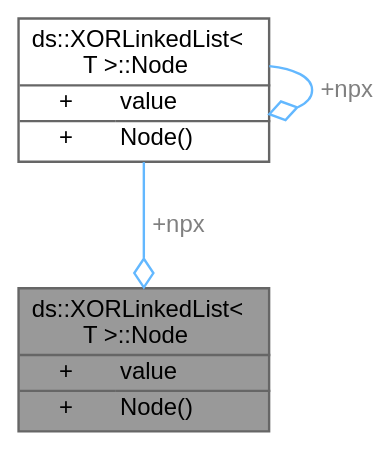
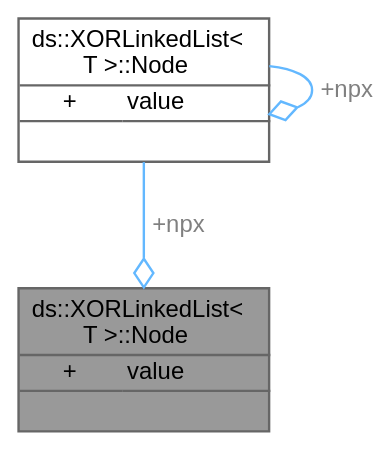
One commit to mustafayldrnn/cen207-2025-2026-5-Mustafa-Yildirimm-cpp changed the diagram in docs/doxygenlibwin/rtf/structds_1_1_x_o_r_linked_list_1_1_node__coll__graph.dot. Above: the diagram before and after it, drawn with Graphviz. The commit also changed 861 other files, not shown here.

```diff
--- a/docs/doxygenlibwin/rtf/structds_1_1_x_o_r_linked_list_1_1_node__coll__graph.dot
+++ b/docs/doxygenlibwin/rtf/structds_1_1_x_o_r_linked_list_1_1_node__coll__graph.dot
@@ -1,26 +1,26 @@
 digraph "ds::XORLinkedList&lt; T &gt;::Node"
 {
  // INTERACTIVE_SVG=YES
  // LATEX_PDF_SIZE
   bgcolor="transparent";
   edge [fontname=Helvetica,fontsize=10,labelfontname=Helvetica,labelfontsize=10];
   node [fontname=Helvetica,fontsize=10,shape=box,height=0.2,width=0.4];
   Node1 [id="Node000001",shape=plain,label=<<TABLE CELLBORDER="0" BORDER="1"><TR><TD COLSPAN="2" CELLPADDING="1" CELLSPACING="0">ds::XORLinkedList&lt;<BR ALIGN="LEFT"/> T &gt;::Node</TD></TR>
 <HR/>
 <TR><TD VALIGN="top" CELLPADDING="1" CELLSPACING="0">+</TD><TD VALIGN="top" ALIGN="LEFT" CELLPADDING="1" CELLSPACING="0">value<BR ALIGN="LEFT"/></TD></TR>
 <HR/>
-<TR><TD VALIGN="top" CELLPADDING="1" CELLSPACING="0">+</TD><TD VALIGN="top" ALIGN="LEFT" CELLPADDING="1" CELLSPACING="0">Node()<BR ALIGN="LEFT"/></TD></TR>
+<TR><TD COLSPAN="2" CELLPADDING="1" CELLSPACING="0">&nbsp;</TD></TR>
 </TABLE>>
-,height=0.2,width=0.4,color="gray40", fillcolor="grey60", style="filled", fontcolor="black",tooltip=" "];
+,height=0.2,width=0.4,color="gray40", fillcolor="grey60", style="filled", fontcolor="black",tooltip="İç düğüm yapısı XOR tekniği ile hem önceki hem sonraki işaretçiyi tek alanda tutar."];
   Node2 -> Node1 [id="edge5_Node000001_Node000002",color="steelblue1",style="solid",tooltip=" ",label=<<TABLE CELLBORDER="0" BORDER="0"><TR><TD VALIGN="top" ALIGN="LEFT" CELLPADDING="1" CELLSPACING="0">+npx</TD></TR>
 </TABLE>> ,fontcolor="grey" ,arrowhead="odiamond"];
   Node2 [id="Node000002",shape=plain,label=<<TABLE CELLBORDER="0" BORDER="1"><TR><TD COLSPAN="2" CELLPADDING="1" CELLSPACING="0">ds::XORLinkedList&lt;<BR ALIGN="LEFT"/> T &gt;::Node</TD></TR>
 <HR/>
 <TR><TD VALIGN="top" CELLPADDING="1" CELLSPACING="0">+</TD><TD VALIGN="top" ALIGN="LEFT" CELLPADDING="1" CELLSPACING="0">value<BR ALIGN="LEFT"/></TD></TR>
 <HR/>
-<TR><TD VALIGN="top" CELLPADDING="1" CELLSPACING="0">+</TD><TD VALIGN="top" ALIGN="LEFT" CELLPADDING="1" CELLSPACING="0">Node()<BR ALIGN="LEFT"/></TD></TR>
+<TR><TD COLSPAN="2" CELLPADDING="1" CELLSPACING="0">&nbsp;</TD></TR>
 </TABLE>>
-,height=0.2,width=0.4,color="gray40", fillcolor="white", style="filled",URL="$structds_1_1_x_o_r_linked_list_1_1_node.html",tooltip=" "];
+,height=0.2,width=0.4,color="gray40", fillcolor="white", style="filled",URL="$structds_1_1_x_o_r_linked_list_1_1_node.html",tooltip="İç düğüm yapısı XOR tekniği ile hem önceki hem sonraki işaretçiyi tek alanda tutar."];
   Node2 -> Node2 [id="edge6_Node000002_Node000002",color="steelblue1",style="solid",tooltip=" ",label=<<TABLE CELLBORDER="0" BORDER="0"><TR><TD VALIGN="top" ALIGN="LEFT" CELLPADDING="1" CELLSPACING="0">+npx</TD></TR>
 </TABLE>> ,fontcolor="grey" ,arrowhead="odiamond"];
 }
```
